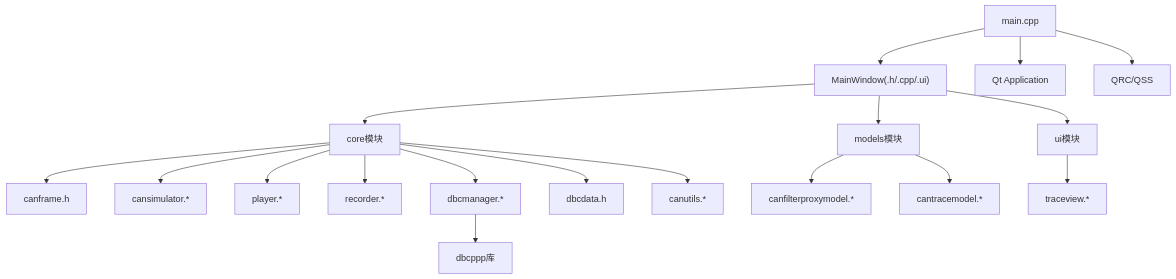
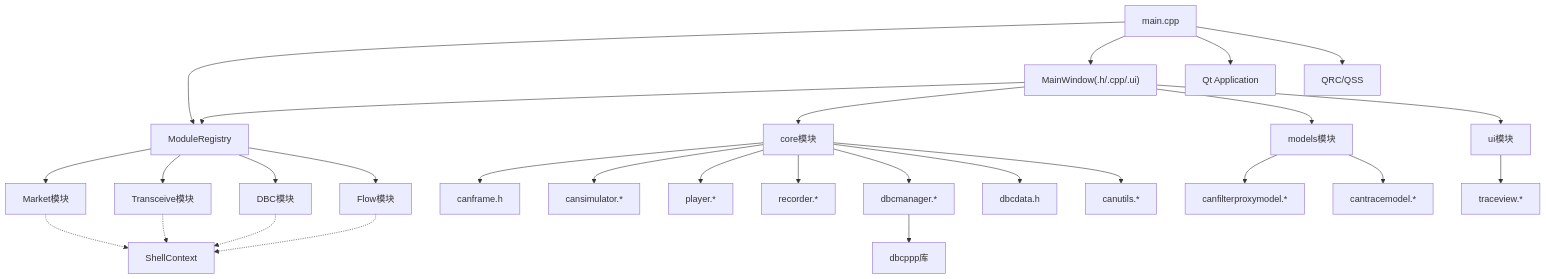
Before and after one commit to jakecai1225-design/OpenBus: the seventh of 7 diagrams in .qoder/repowiki/zh/content/核心模块详解/核心模块详解.md, drawn with Mermaid. The commit also changed other lines of this file and 177 other files, not shown here.

````diff
--- a/.qoder/repowiki/zh/content/核心模块详解/核心模块详解.md
+++ b/.qoder/repowiki/zh/content/核心模块详解/核心模块详解.md
@@ -546,20 +771,30 @@
 ```mermaid
 graph TB
-Main["main.cpp"] --> Win["MainWindow(.h/.cpp/.ui)"]
+Main["main.cpp"] --> Registry["ModuleRegistry"]
+Registry --> Market["Market模块"]
+Registry --> Transceive["Transceive模块"]
+Registry --> DBC["DBC模块"]
+Registry --> Flow["Flow模块"]
+Main --> Win["MainWindow(.h/.cpp/.ui)"]
+Win --> Registry
 Win --> Core["core模块"]
 Win --> Models["models模块"]
 Win --> UI["ui模块"]
 Core --> CanFrame["canframe.h"]
 Core --> Simulator["cansimulator.*"]
 Core --> Player["player.*"]
 Core --> Recorder["recorder.*"]
 Core --> DBCManager["dbcmanager.*"]
 Core --> DBCData["dbcdata.h"]
 Models --> FilterModel["canfilterproxymodel.*"]
 Models --> TraceModel["cantracemodel.*"]
 UI --> TraceView["traceview.*"]
 Core --> Utils["canutils.*"]
 DBCManager --> DBCPP["dbcppp库"]
 Main --> QtA["Qt Application"]
 Main --> Res["QRC/QSS"]
+Market -.-> ShellCtx["ShellContext"]
+Transceive -.-> ShellCtx
+DBC -.-> ShellCtx
+Flow -.-> ShellCtx
 ```
````
